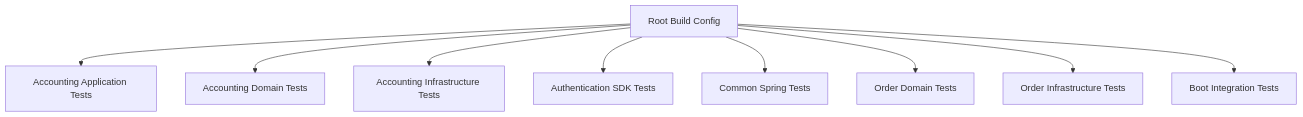
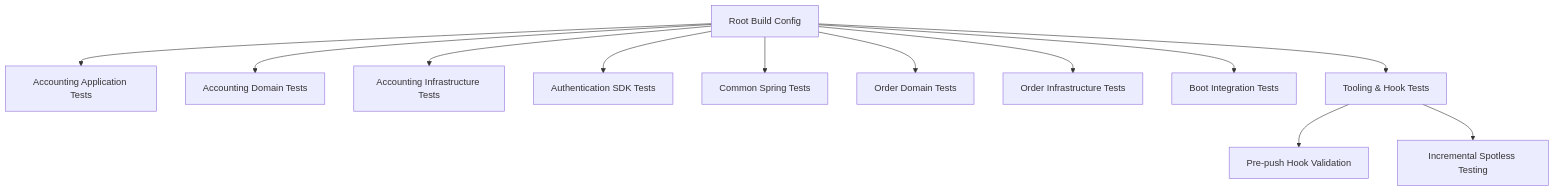
Before and after one commit to ddd-mall/j-store: the first of 12 diagrams in .qoder/repowiki/en/content/Testing Strategy & Implementation/Testing Strategy & Implementation.md, drawn with Mermaid. The commit also changed other lines of this file and 278 other files, not shown here.

````diff
--- a/.qoder/repowiki/en/content/Testing Strategy & Implementation/Testing Strategy & Implementation.md
+++ b/.qoder/repowiki/en/content/Testing Strategy & Implementation/Testing Strategy & Implementation.md
@@ -53,11 +67,14 @@
 ```mermaid
 graph TB
 Root["Root Build Config"] --> AccountingApp["Accounting Application Tests"]
 Root --> AccountingDomain["Accounting Domain Tests"]
 Root --> AccountingInfra["Accounting Infrastructure Tests"]
 Root --> AuthSDK["Authentication SDK Tests"]
 Root --> CommonSpring["Common Spring Tests"]
 Root --> OrderDomain["Order Domain Tests"]
 Root --> OrderInfra["Order Infrastructure Tests"]
 Root --> Boot["Boot Integration Tests"]
+Root --> ToolingTests["Tooling & Hook Tests"]
+ToolingTests --> PrePushHook["Pre-push Hook Validation"]
+ToolingTests --> SpotlessCheck["Incremental Spotless Testing"]
 ```
````
